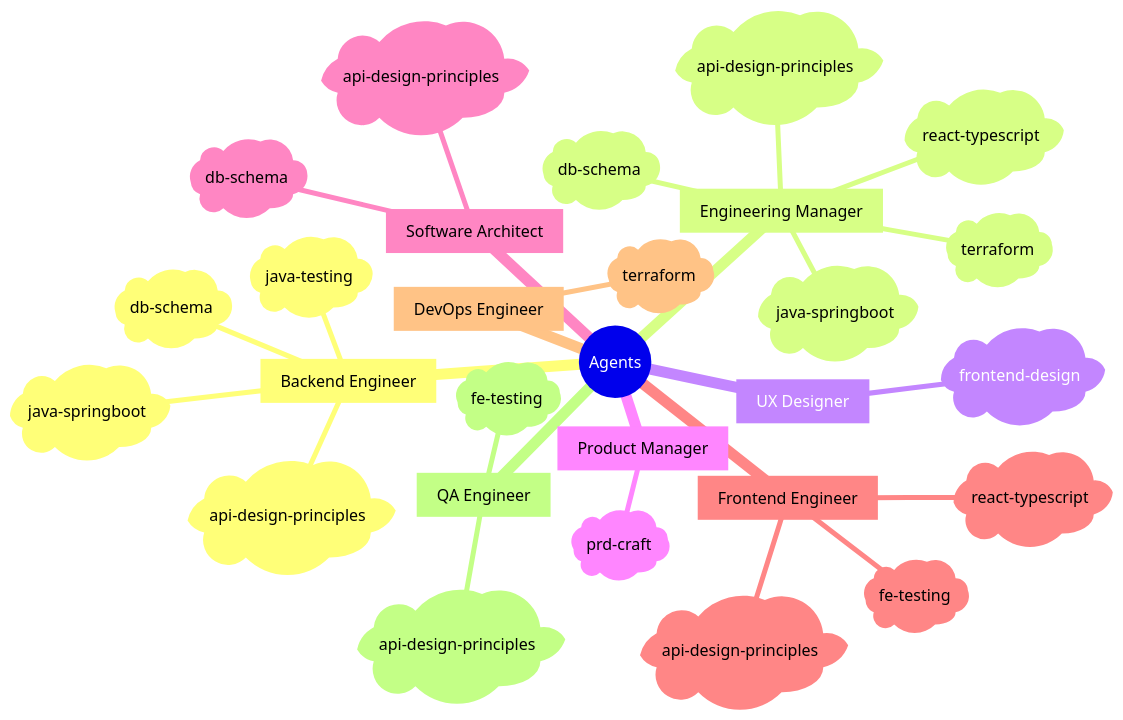
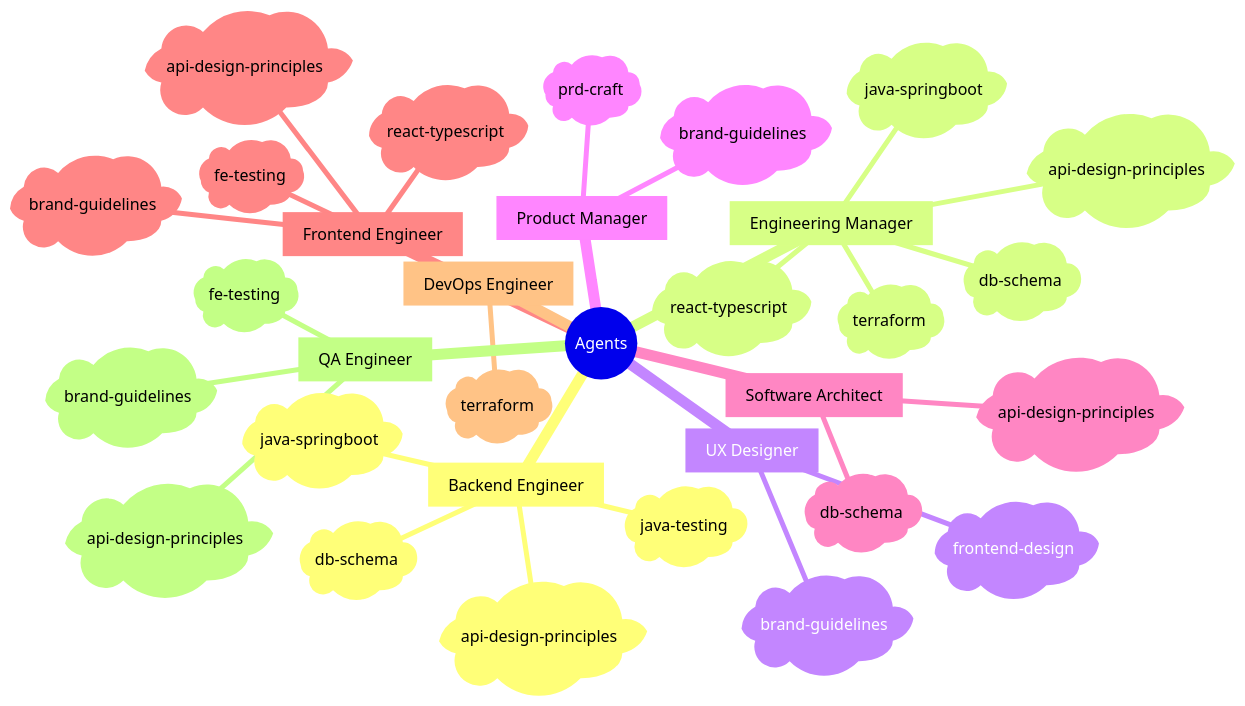
The first of 3 diagrams in README.md (sans-github/agents), drawn with Mermaid before and after one commit. The commit also changed 7 other files, not shown here.

Commit message:
add brand-guidelines skill; wire into Designer, PM, FE, QA agents; update README diagram and GETTING-STARTED setup step

````diff
--- a/README.md
+++ b/README.md
@@ -60,31 +60,35 @@
 ```mermaid
 mindmap
   root((Agents))
     [Backend Engineer]
       )db-schema(
       )java-springboot(
       )api-design-principles(
       )java-testing(
     [Engineering Manager]
       )db-schema(
       )java-springboot(
       )api-design-principles(
       )react-typescript(
       )terraform(
     [UX Designer]
       )frontend-design(
+      )brand-guidelines(
     [Product Manager]
       )prd-craft(
+      )brand-guidelines(
     [Software Architect]
       )api-design-principles(
       )db-schema(
     [Frontend Engineer]
       )api-design-principles(
       )react-typescript(
       )fe-testing(
+      )brand-guidelines(
     [DevOps Engineer]
       )terraform(
     [QA Engineer]
       )api-design-principles(
       )fe-testing(
+      )brand-guidelines(
 ```
````
